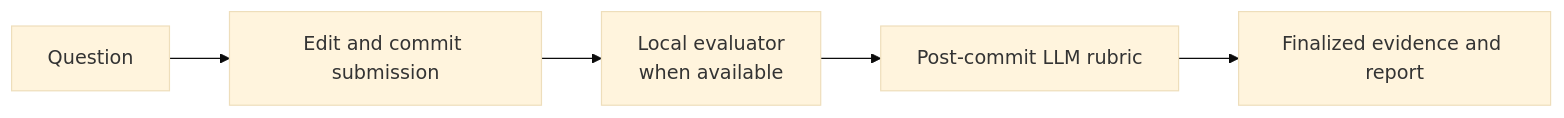
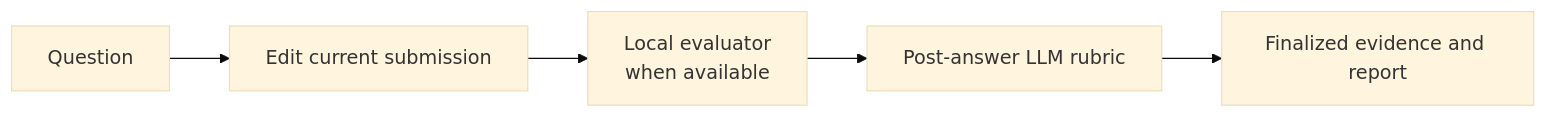
One commit to Cerco01/technical-interview-coach changed the diagram in README.md. Above: the diagram before and after it, drawn with Mermaid (base theme). The commit also changed other lines of this file and 10 other files, not shown here.

````diff
--- a/README.md
+++ b/README.md
@@ -107,7 +107,7 @@
 ```mermaid
 flowchart LR
-    Q["Question"] --> E["Edit and commit submission"]
+    Q["Question"] --> E["Edit current submission"]
     E --> L["Local evaluator<br/>when available"]
-    L --> R["Post-commit LLM rubric"]
+    L --> R["Post-answer LLM rubric"]
     R --> F["Finalized evidence and report"]
 ```
````
